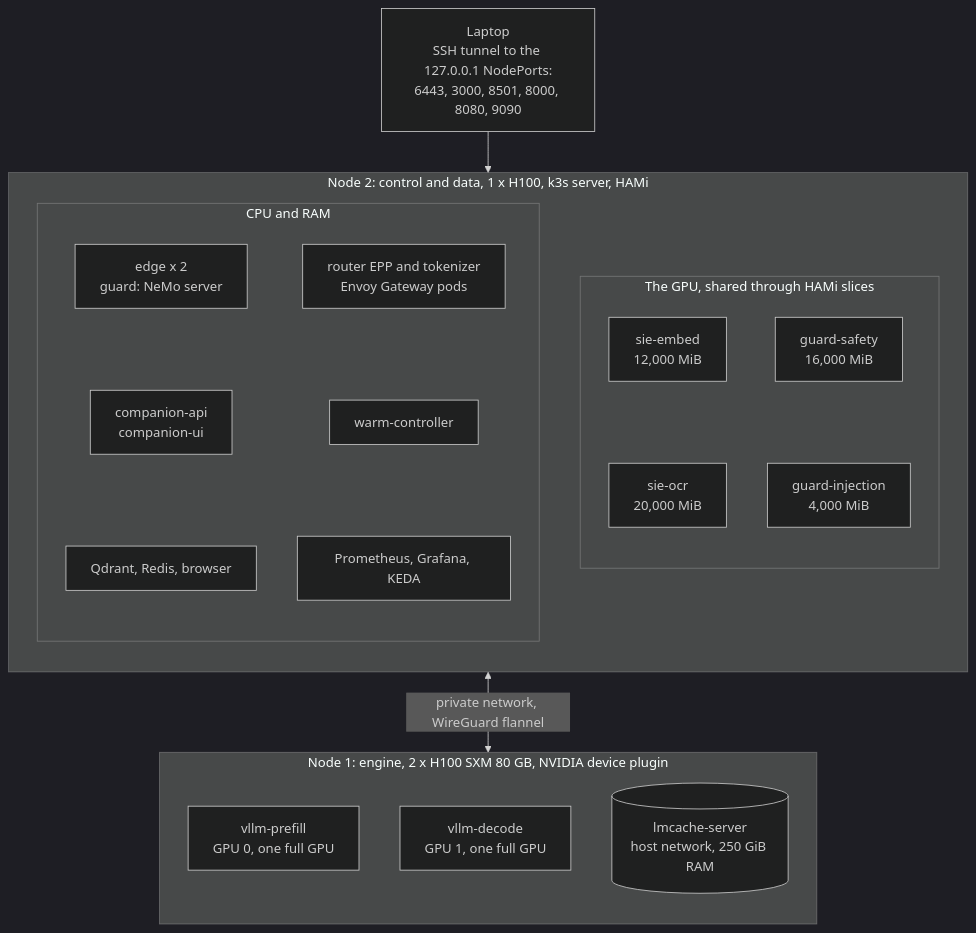
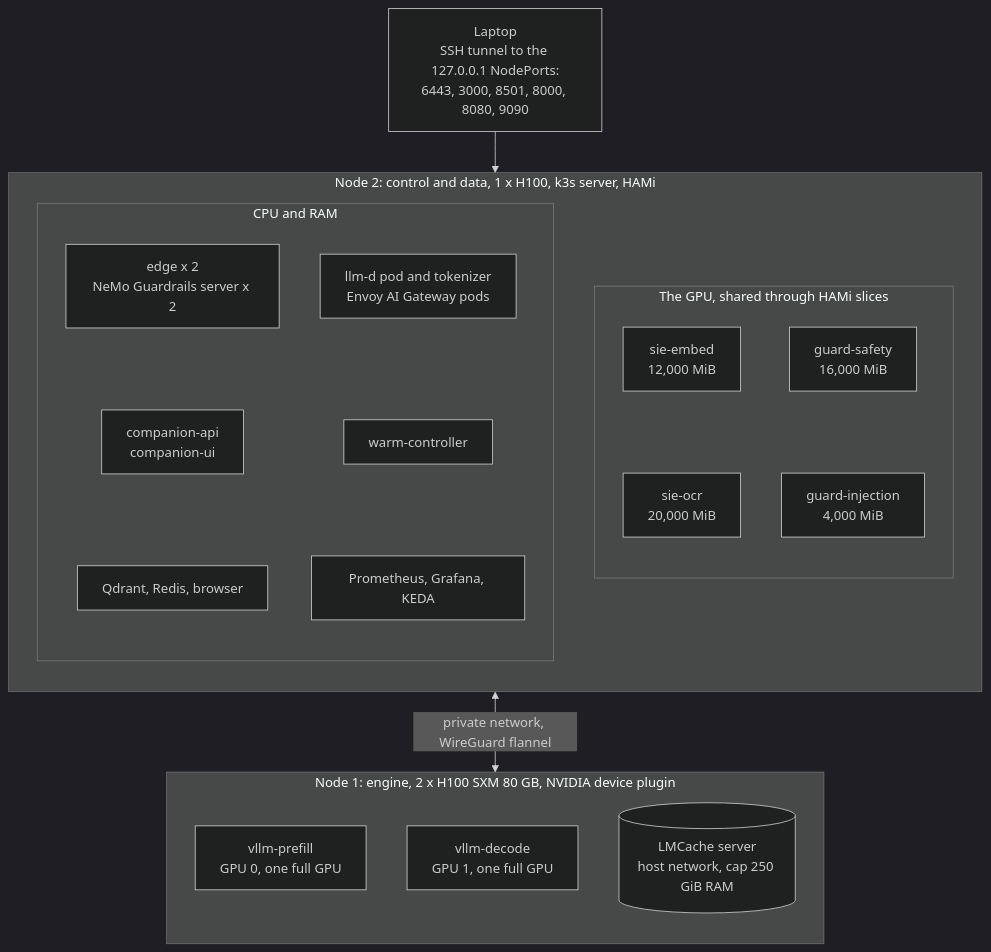
One commit to chetananand/learning-companion-serving changed the third of 13 diagrams in docs/spec/09-architecture.md. Above: the diagram before and after it, drawn with Mermaid (dark theme). The commit also changed other lines of this file and 4 other files, not shown here.

First line of the commit message:
Docs: one architecture, with the names of the slide diagram everywhere

````diff
--- a/docs/spec/09-architecture.md
+++ b/docs/spec/09-architecture.md
@@ -81,25 +88,25 @@
 ```mermaid
 flowchart TB
   laptop[Laptop<br/>SSH tunnel to the 127.0.0.1 NodePorts:<br/>6443, 3000, 8501, 8000, 8080, 9090]
   subgraph n2[Node 2: control and data, 1 x H100, k3s server, HAMi]
     direction TB
     subgraph n2gpu[The GPU, shared through HAMi slices]
       direction TB
       sieE[sie-embed<br/>12,000 MiB] ~~~ sieO[sie-ocr<br/>20,000 MiB]
       gs[guard-safety<br/>16,000 MiB] ~~~ gi[guard-injection<br/>4,000 MiB]
     end
     subgraph n2cpu[CPU and RAM]
       direction TB
-      edge2[edge x 2<br/>guard: NeMo server] ~~~ api2[companion-api<br/>companion-ui] ~~~ data2[Qdrant, Redis, browser]
-      epp2[router EPP and tokenizer<br/>Envoy Gateway pods] ~~~ wc2[warm-controller] ~~~ mon2[Prometheus, Grafana, KEDA]
+      edge2[edge x 2<br/>NeMo Guardrails server x 2] ~~~ api2[companion-api<br/>companion-ui] ~~~ data2[Qdrant, Redis, browser]
+      epp2[llm-d pod and tokenizer<br/>Envoy AI Gateway pods] ~~~ wc2[warm-controller] ~~~ mon2[Prometheus, Grafana, KEDA]
     end
   end
   subgraph n1[Node 1: engine, 2 x H100 SXM 80 GB, NVIDIA device plugin]
     direction TB
     p1[vllm-prefill<br/>GPU 0, one full GPU]
     d1[vllm-decode<br/>GPU 1, one full GPU]
-    l1[(lmcache-server<br/>host network, 250 GiB RAM)]
+    l1[(LMCache server<br/>host network, cap 250 GiB RAM)]
   end
   laptop --> n2
   n2 <-->|private network, WireGuard flannel| n1
 ```
````
